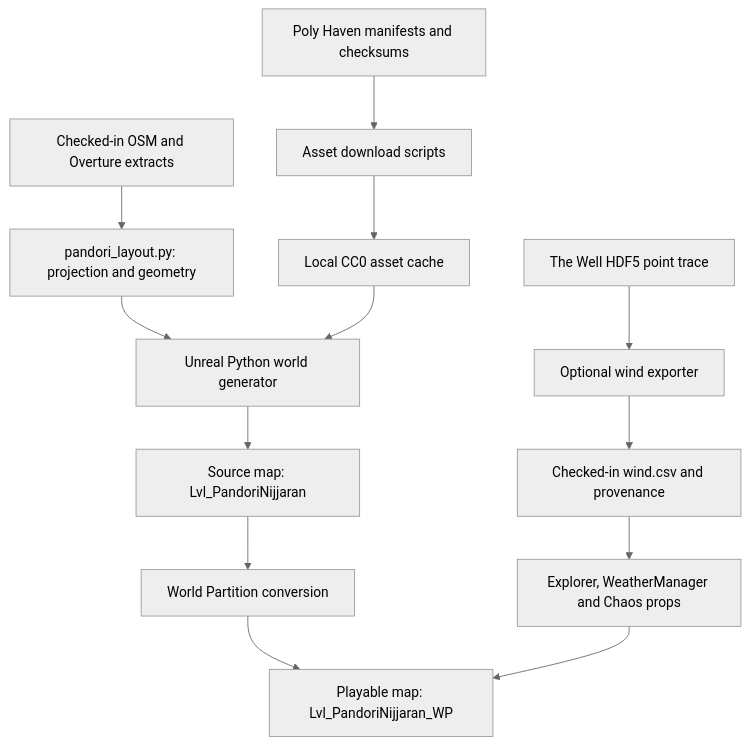
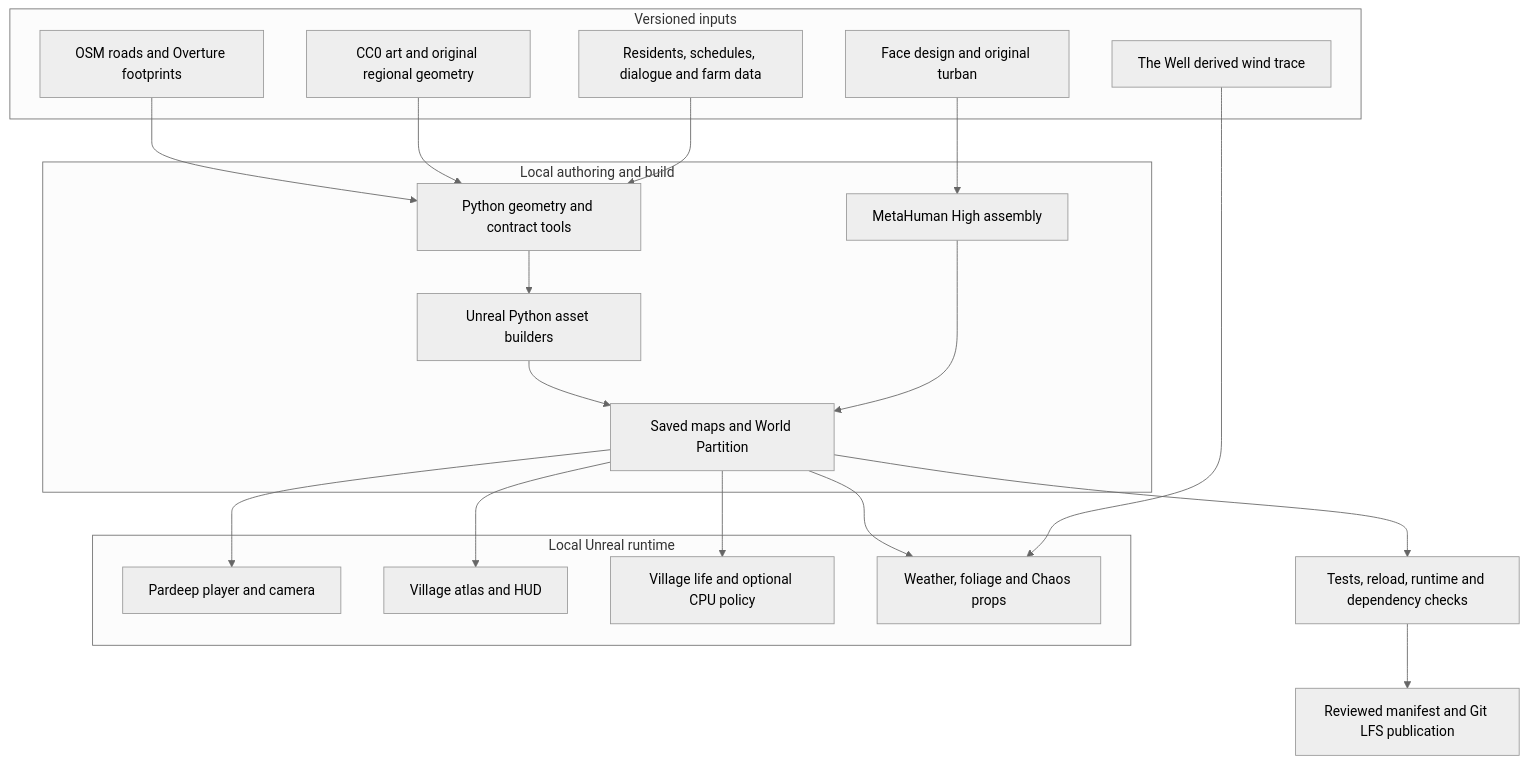
Before and after one commit to martian3062/village_mesh: the diagram in README.md, drawn with Mermaid (neutral theme). The commit also changed other lines of this file and 161 other files, not shown here.

Commit message:
Upgrade Pardeep skin and document the full village architecture

````diff
--- a/README.md
+++ b/README.md
@@ -185,15 +58,34 @@
 ```mermaid
-flowchart TD
-    GIS[Checked-in OSM and Overture extracts] --> Layout[pandori_layout.py: projection and geometry]
-    Locks[Poly Haven manifests and checksums] --> Fetch[Asset download scripts]
-    Fetch --> Cache[Local CC0 asset cache]
-    Layout --> Build[Unreal Python world generator]
-    Cache --> Build
-    Build --> Source[Source map: Lvl_PandoriNijjaran]
-    Source --> Convert[World Partition conversion]
-    Convert --> World[Playable map: Lvl_PandoriNijjaran_WP]
-    Native[Explorer, WeatherManager and Chaos props] --> World
-    Well[The Well HDF5 point trace] --> Export[Optional wind exporter]
-    Export --> CSV[Checked-in wind.csv and provenance]
-    CSV --> Native
+flowchart TB
+    subgraph Inputs[Versioned inputs]
+        Geo[OSM roads and Overture footprints]
+        Art[CC0 art and original regional geometry]
+        LifeData[Residents, schedules, dialogue and farm data]
+        Character[Face design and original turban]
+        Wind[The Well derived wind trace]
+    end
+    subgraph Authoring[Local authoring and build]
+        Python[Python geometry and contract tools]
+        UE[Unreal Python asset builders]
+        MH[MetaHuman High assembly]
+        WP[Saved maps and World Partition]
+    end
+    Geo --> Python
+    Art --> Python
+    LifeData --> Python
+    Python --> UE --> WP
+    Character --> MH --> WP
+    subgraph Runtime[Local Unreal runtime]
+        Player[Pardeep player and camera]
+        Atlas[Village atlas and HUD]
+        Residents[Village life and optional CPU policy]
+        Environment[Weather, foliage and Chaos props]
+    end
+    WP --> Player
+    WP --> Atlas
+    WP --> Residents
+    WP --> Environment
+    Wind --> Environment
+    WP --> Review[Tests, reload, runtime and dependency checks]
+    Review --> LFS[Reviewed manifest and Git LFS publication]
 ```
````
